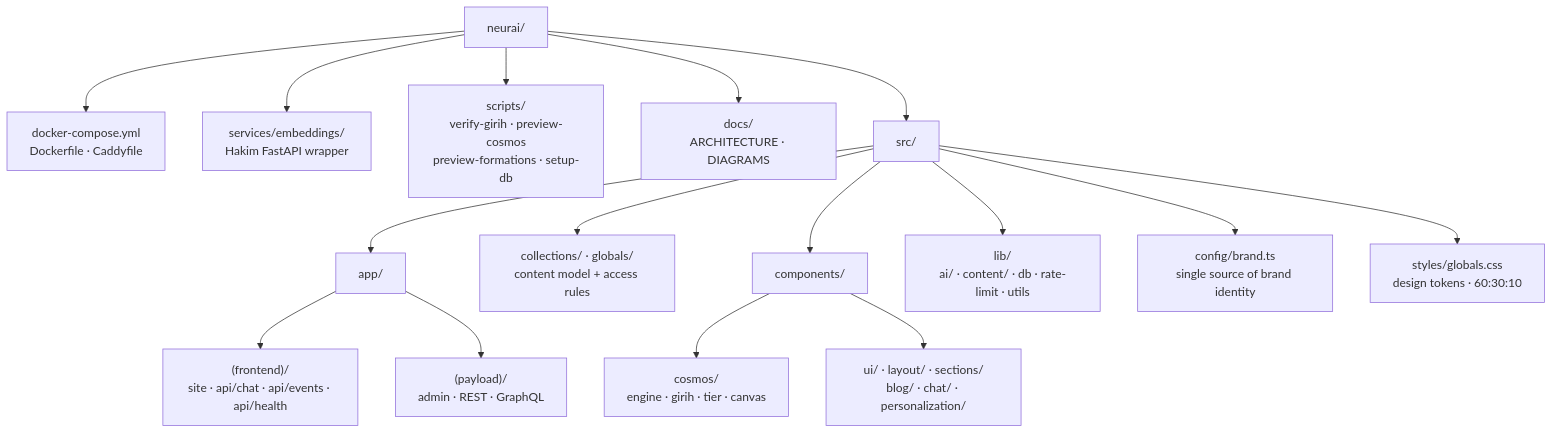
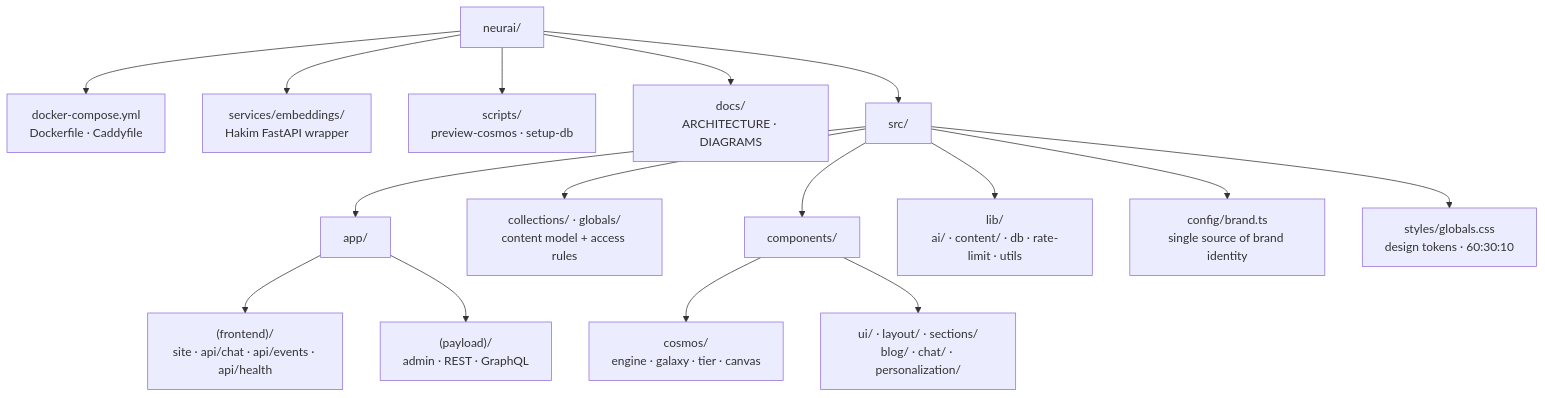
One commit to Dr-Bagheri/neurai changed the tenth of 10 diagrams in docs/DIAGRAMS.md. Above: the diagram before and after it, drawn with Mermaid. The commit also changed other lines of this file and 20 other files, not shown here.

First line of the commit message:
feat(design): galaxy-only cosmos, warm palette, and the core as the assistant

````diff
--- a/docs/DIAGRAMS.md
+++ b/docs/DIAGRAMS.md
@@ -413,23 +435,23 @@
 ```mermaid
 flowchart TB
     root["neurai/"]
 
     root --> compose["docker-compose.yml<br/>Dockerfile · Caddyfile"]
     root --> services["services/embeddings/<br/>Hakim FastAPI wrapper"]
-    root --> scripts["scripts/<br/>verify-girih · preview-cosmos<br/>preview-formations · setup-db"]
+    root --> scripts["scripts/<br/>preview-cosmos · setup-db"]
     root --> docs["docs/<br/>ARCHITECTURE · DIAGRAMS"]
     root --> src["src/"]
 
     src --> app["app/"]
     app --> fe["(frontend)/<br/>site · api/chat · api/events · api/health"]
     app --> pl["(payload)/<br/>admin · REST · GraphQL"]
 
     src --> coll["collections/ · globals/<br/>content model + access rules"]
     src --> comp["components/"]
-    comp --> cos["cosmos/<br/>engine · girih · tier · canvas"]
+    comp --> cos["cosmos/<br/>engine · galaxy · tier · canvas"]
     comp --> ui["ui/ · layout/ · sections/<br/>blog/ · chat/ · personalization/"]
 
     src --> lib["lib/<br/>ai/ · content/ · db · rate-limit · utils"]
     src --> cfg["config/brand.ts<br/>single source of brand identity"]
     src --> styles["styles/globals.css<br/>design tokens · 60:30:10"]
 ```
````
